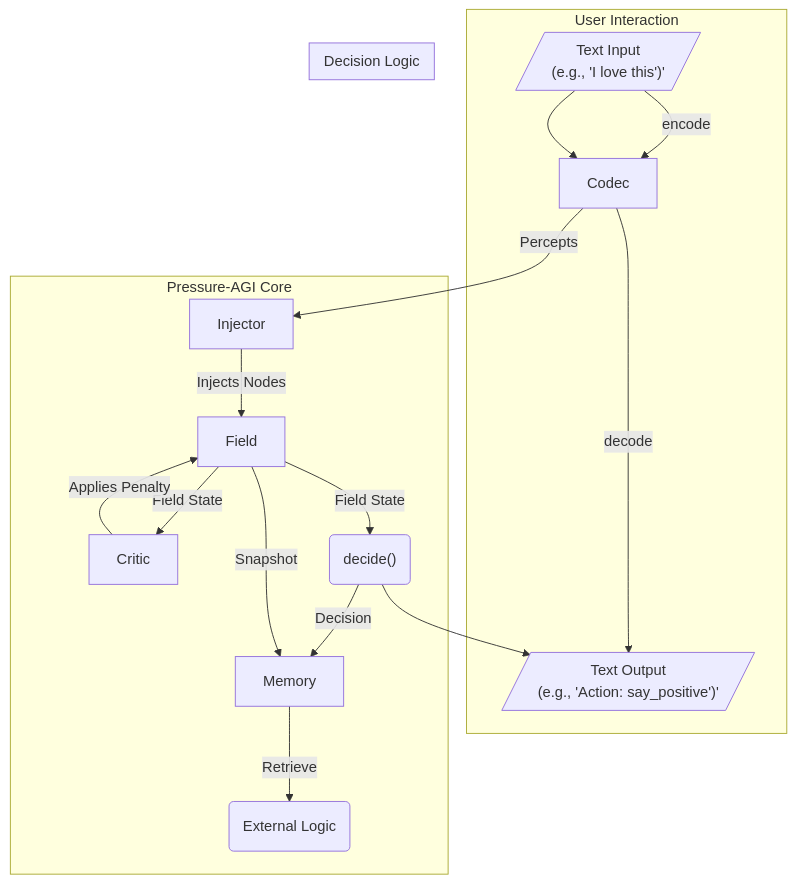
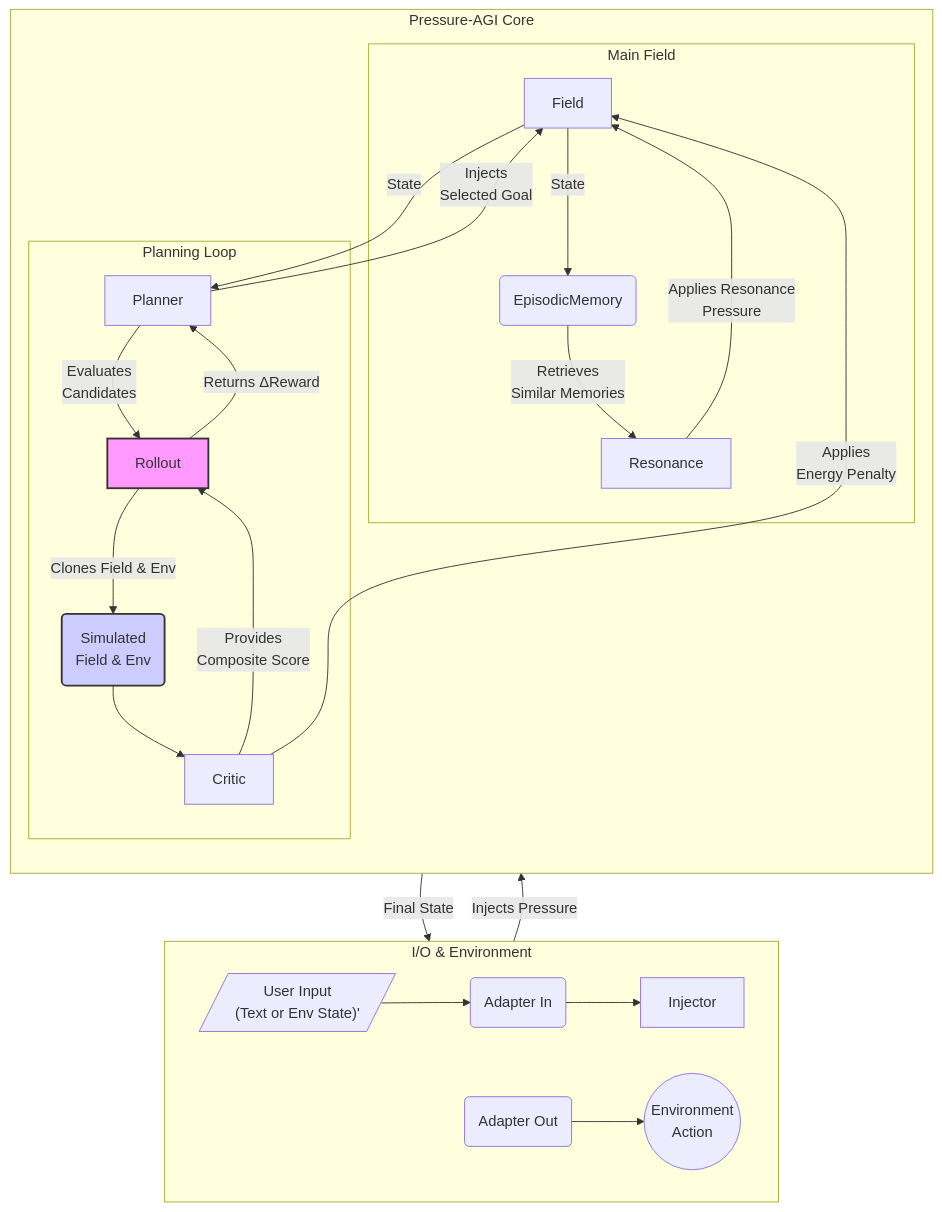
The diagram in docs/ARCH.md (SwiftAkira/KAI), drawn with Mermaid before and after one commit. The commit also changed other lines of this file and 3 other files, not shown here.

Commit message:
feat(architecture, repl, planner): Update ARCH.md with detailed planning loop, enhance REPL dashboard to display planner rollout rewards, and refactor dashboard layout for improved visualization

````diff
--- a/docs/ARCH.md
+++ b/docs/ARCH.md
@@ -5,25 +15,36 @@
 ```mermaid
 graph TD;
-    subgraph "User Interaction";
-        Input[/"Text Input<br/>(e.g., 'I love this')"'/] -->|encode| Codec;
-        Codec -->|decode| Output[/"Text Output<br/>(e.g., 'Action: say_positive')"'/];
+    subgraph "I/O & Environment";
+        direction LR;
+        UserInput[/"User Input<br/>(Text or Env State)"'/] --> AdapterIn(Adapter In);
+        AdapterIn --> Injector;
+        AdapterOut(Adapter Out) --> EnvAction(("Environment<br/>Action"));
     end
 
     subgraph "Pressure-AGI Core";
-        Codec -- "Percepts" --> Injector;
-        Injector -- "Injects Nodes" --> Field;
-        Field -- "Field State" --> Critic;
-        Critic -- "Applies Penalty" --> Field;
-        Field -- "Field State" --> Decide;
-        Decide -- "Decision" --> Memory;
-        Field -- "Snapshot" --> Memory;
-        Memory -- "Retrieve" --> Logic(External Logic);
+        direction TB;
+        
+        subgraph "Planning Loop";
+            Planner -- "Evaluates<br/>Candidates" --> Rollout;
+            Rollout -- "Clones Field & Env" --> Sim;
+            Sim(Simulated<br/>Field & Env) --> Critic;
+            Critic -- "Provides<br/>Composite Score" --> Rollout;
+            Rollout -- "Returns ΔReward" --> Planner;
+        end
+
+        subgraph "Main Field";
+            Injector -- "Injects Pressure" --> Field;
+            Field -- "State" --> Planner;
+            Field -- "State" --> Memory(EpisodicMemory);
+            Memory -- "Retrieves<br/>Similar Memories" --> Resonance;
+            Resonance -- "Applies Resonance<br/>Pressure" --> Field;
+            Critic -- "Applies<br/>Energy Penalty" --> Field;
+            Planner -- "Injects<br/>Selected Goal" --> Field;
+        end
+
+        Field -- "Final State" --> AdapterOut;
     end
-
-    subgraph "Decision Logic";
-        Decide("decide()");
-    end
-
-    Input --> Codec;
-    Decide --> Output;
+    
+    style Rollout fill:#f9f,stroke:#333,stroke-width:2px;
+    style Sim fill:#ccf,stroke:#333,stroke-width:2px;
 ``` 
````
